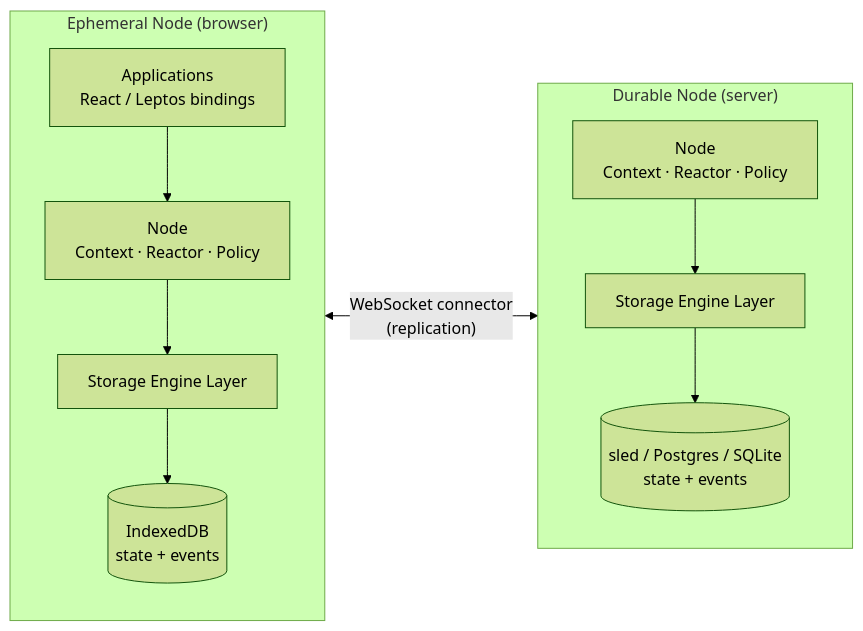
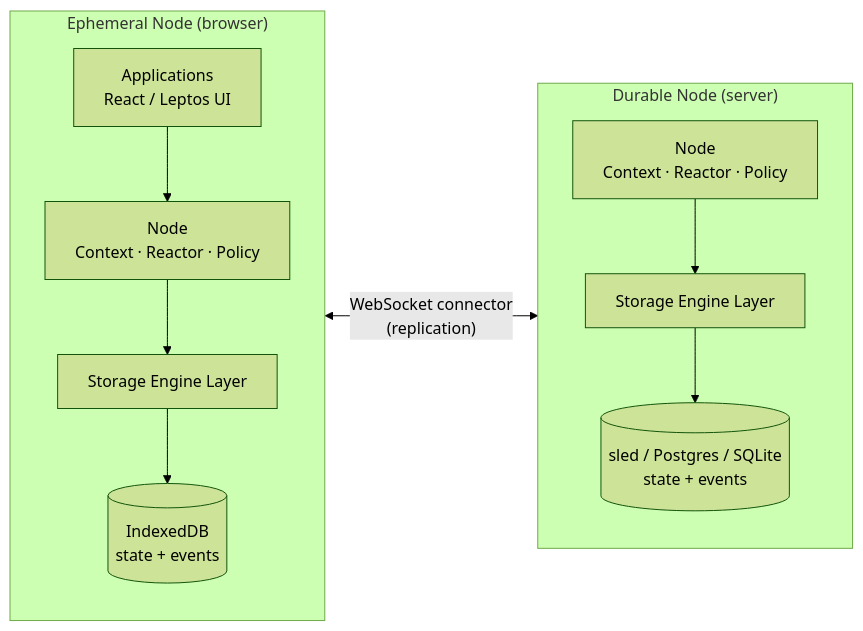
One commit to ankurah/ankurah.org changed the diagram in src/architecture.md. Above: the diagram before and after it, drawn with Mermaid (forest theme). The commit also changed other lines of this file and 45 other files, not shown here.

````diff
--- a/src/architecture.md
+++ b/src/architecture.md
@@ -9,24 +9,24 @@
 ```mermaid
 flowchart LR
     subgraph client["Ephemeral Node (browser)"]
         direction TB
-        app["Applications<br/>React / Leptos bindings"]
+        app["Applications<br/>React / Leptos UI"]
         cnode["Node<br/>Context · Reactor · Policy"]
         ceng["Storage Engine Layer"]
         cidb[("IndexedDB<br/>state + events")]
         app --> cnode
         cnode --> ceng
         ceng --> cidb
     end
 
     subgraph server["Durable Node (server)"]
         direction TB
         snode["Node<br/>Context · Reactor · Policy"]
         seng["Storage Engine Layer"]
         sstore[("sled / Postgres / SQLite<br/>state + events")]
         snode --> seng
         seng --> sstore
     end
 
     client <-->|"WebSocket connector<br/>(replication)"| server
 ```
````
